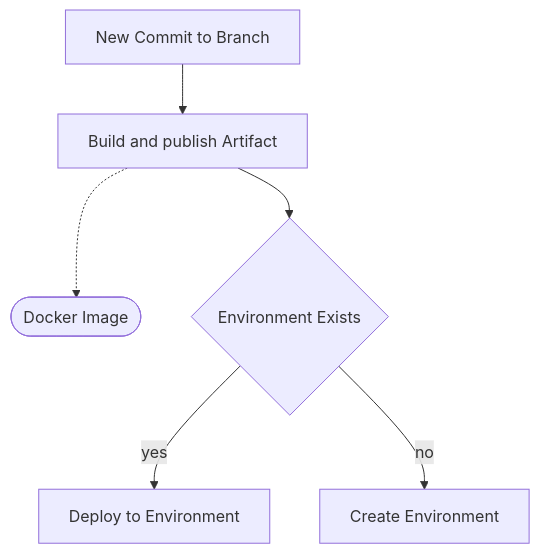
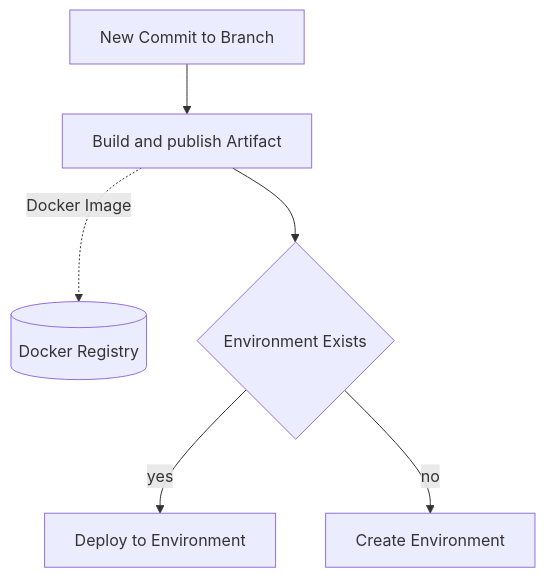
The diagram in README.md (ops42-org/warpd), drawn with Mermaid before and after one commit. The commit also changed other lines of this file and 19 other files, not shown here.

````diff
--- a/README.md
+++ b/README.md
@@ -5,8 +5,8 @@
 ```mermaid
 graph TD;
     commit[New Commit to Branch]-->artifact[Build and publish Artifact];
-    artifact-.->docker([Docker Image])
+    artifact-. Docker Image .->docker[(Docker Registry)]
     artifact-->exist{Environment Exists};
     exist-->|yes|deploy[Deploy to Environment]
     exist-->|no|createEnv[Create Environment]
 ```
````
